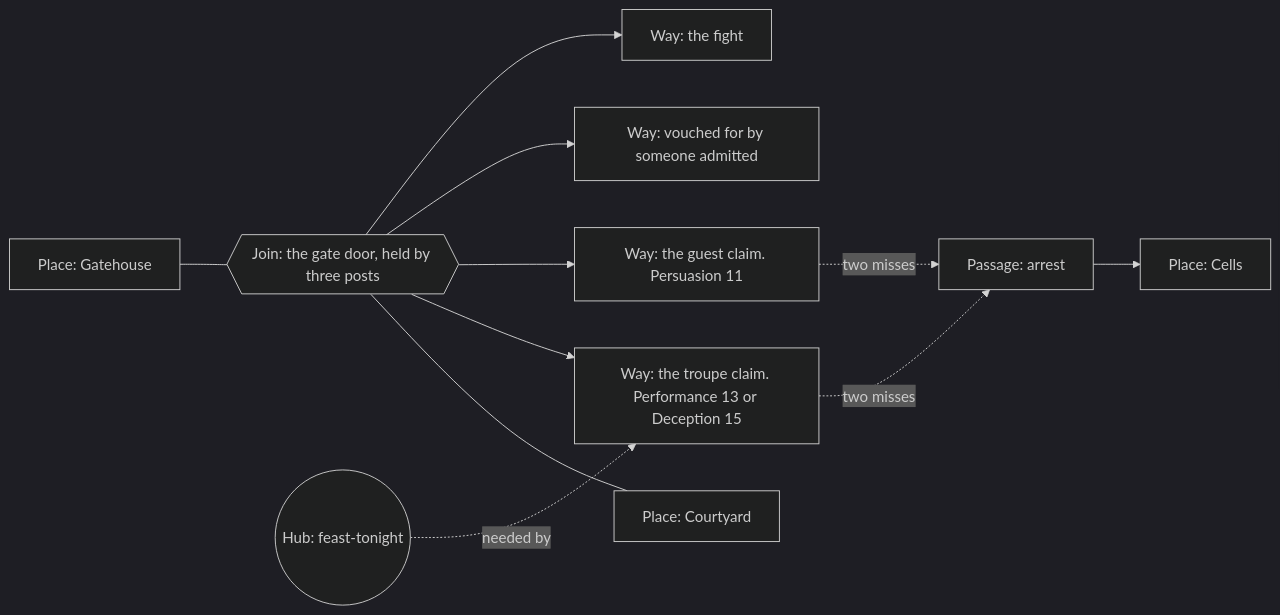
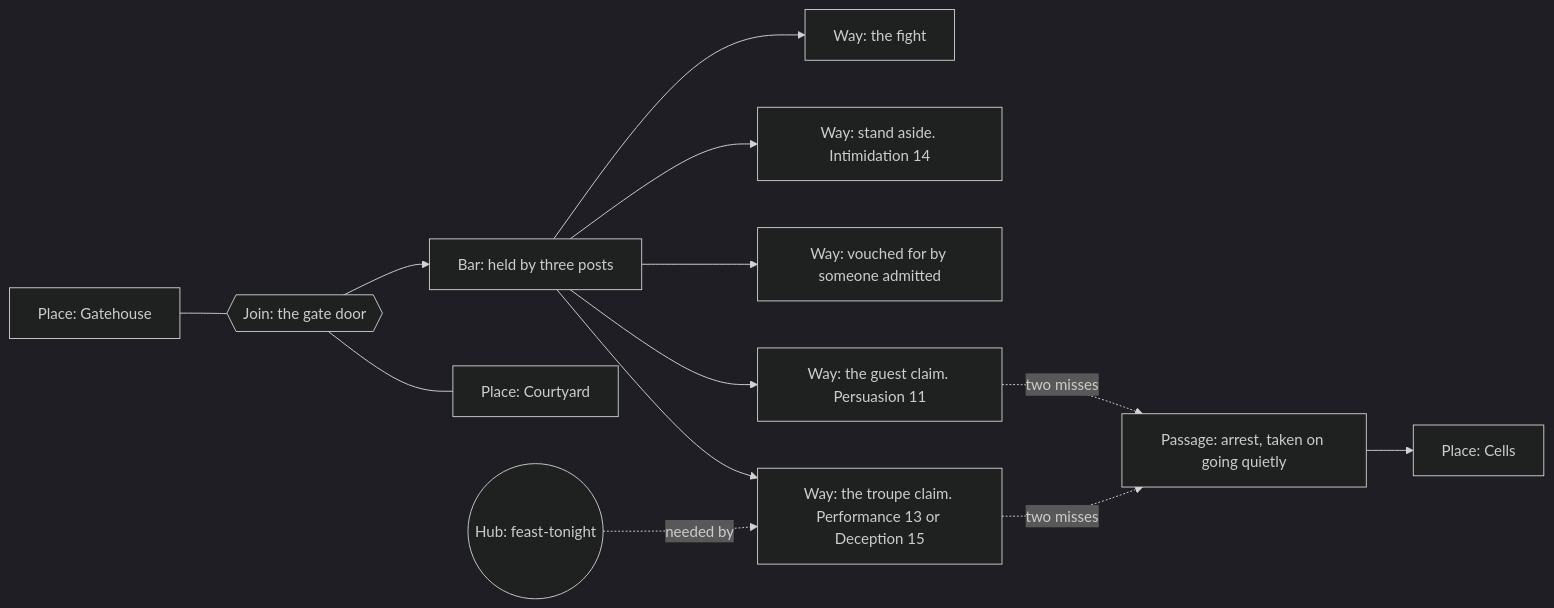
One commit to KirkDiggler/rpg-project changed the fourth of 5 diagrams in ideas/encounter-studio/design.md. Above: the diagram before and after it, drawn with Mermaid (dark theme). The commit also changed other lines of this file and 2 other files, not shown here.

First line of the commit message:
design(encounter-studio): bars and ways, feet decide a join, the engine's fold, the check only

````diff
--- a/ideas/encounter-studio/design.md
+++ b/ideas/encounter-studio/design.md
@@ -121,13 +121,15 @@
 ```mermaid
 flowchart LR
-    G[Place: Gatehouse] --- J{{"Join: the gate door, held by three posts"}}
+    G[Place: Gatehouse] --- J{{"Join: the gate door"}}
     J --- C[Place: Courtyard]
-    J --> W1["Way: the troupe claim. Performance 13 or Deception 15"]
-    J --> W2["Way: the guest claim. Persuasion 11"]
-    J --> W3["Way: vouched for by someone admitted"]
-    J --> W4["Way: the fight"]
+    J --> B["Bar: held by three posts"]
+    B --> W1["Way: the troupe claim. Performance 13 or Deception 15"]
+    B --> W2["Way: the guest claim. Persuasion 11"]
+    B --> W3["Way: vouched for by someone admitted"]
+    B --> W5["Way: stand aside. Intimidation 14"]
+    B --> W4["Way: the fight"]
     F((Hub: feast-tonight)) -.->|needed by| W1
-    W1 -.->|two misses| Ar["Passage: arrest"]
+    W1 -.->|two misses| Ar["Passage: arrest, taken on going quietly"]
     W2 -.->|two misses| Ar
     Ar --> Ce[Place: Cells]
 ```
````
